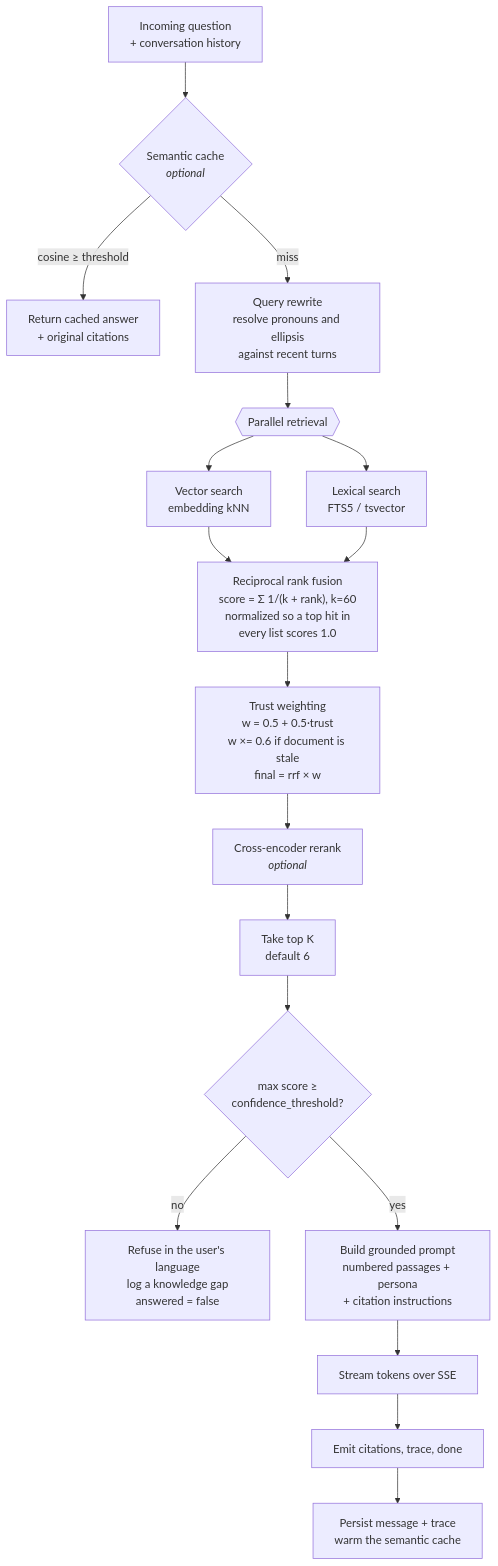
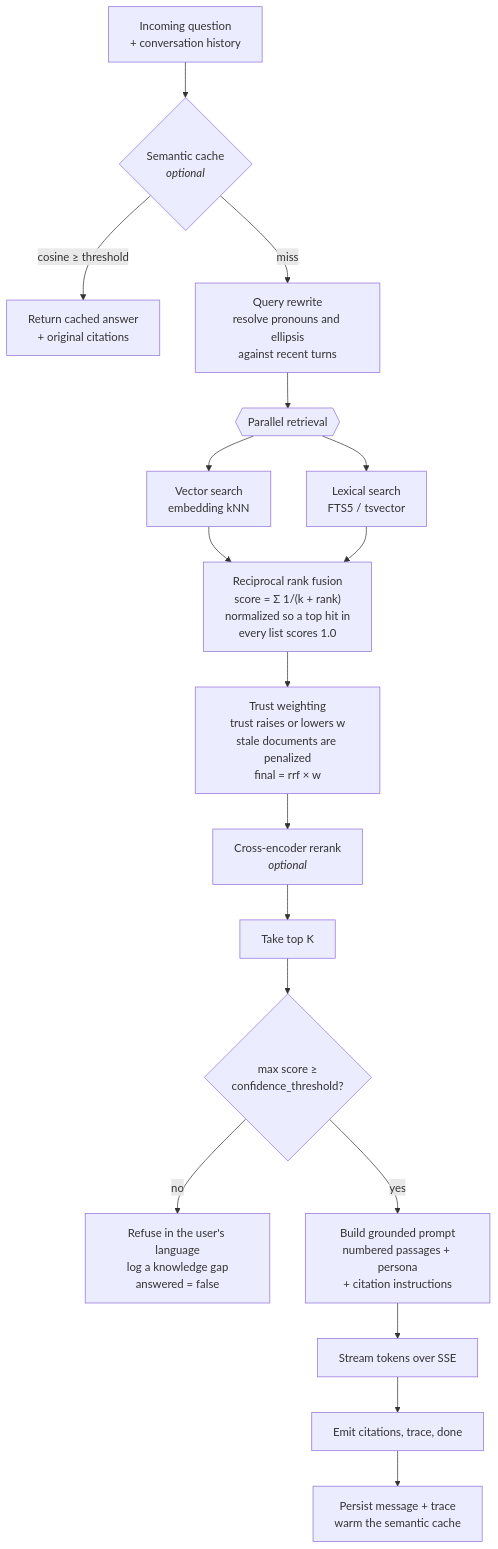
Before and after one commit to ShiYu0318/EmbAId-Agent: the third of 5 diagrams in README.md, drawn with Mermaid. The commit also changed other lines of this file and 1 other file, not shown here.

````diff
--- a/README.md
+++ b/README.md
@@ -257,25 +257,25 @@
 ```mermaid
 flowchart TD
     q["Incoming question<br/>+ conversation history"] --> cache{"Semantic cache<br/><i>optional</i>"}
     cache -->|"cosine ≥ threshold"| hit["Return cached answer<br/>+ original citations"]
     cache -->|"miss"| rewrite["Query rewrite<br/>resolve pronouns and ellipsis<br/>against recent turns"]
 
     rewrite --> fan{{"Parallel retrieval"}}
     fan --> vec["Vector search<br/>embedding kNN"]
     fan --> lex["Lexical search<br/>FTS5 / tsvector"]
 
-    vec --> fuse["Reciprocal rank fusion<br/>score = Σ 1/(k + rank), k=60<br/>normalized so a top hit in<br/>every list scores 1.0"]
+    vec --> fuse["Reciprocal rank fusion<br/>score = Σ 1/(k + rank)<br/>normalized so a top hit in<br/>every list scores 1.0"]
     lex --> fuse
 
-    fuse --> weight["Trust weighting<br/>w = 0.5 + 0.5·trust<br/>w ×= 0.6 if document is stale<br/>final = rrf × w"]
+    fuse --> weight["Trust weighting<br/>trust raises or lowers w<br/>stale documents are penalized<br/>final = rrf × w"]
     weight --> rr["Cross-encoder rerank<br/><i>optional</i>"]
-    rr --> topk["Take top K<br/>default 6"]
+    rr --> topk["Take top K"]
 
     topk --> gate{"max score ≥<br/>confidence_threshold?"}
     gate -->|"no"| refuse["Refuse in the user's language<br/>log a knowledge gap<br/>answered = false"]
     gate -->|"yes"| prompt["Build grounded prompt<br/>numbered passages + persona<br/>+ citation instructions"]
 
     prompt --> stream["Stream tokens over SSE"]
     stream --> emit["Emit citations, trace, done"]
     emit --> store["Persist message + trace<br/>warm the semantic cache"]
 ```
````
